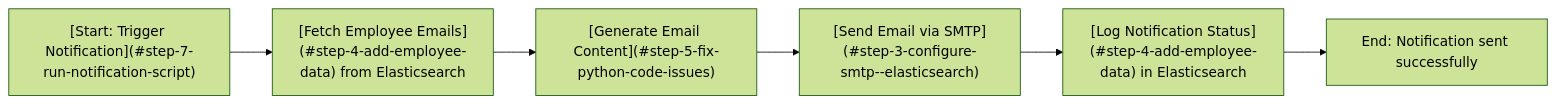
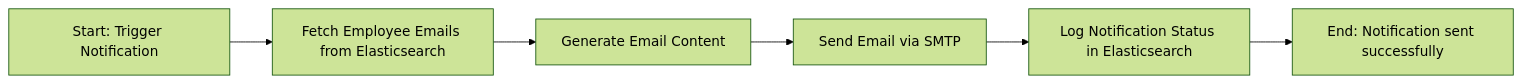
The second of 2 diagrams in Noti README.md (SyedRehanAli25/Rehan-Repository-1), drawn with Mermaid (forest theme) before and after one commit. The commit also changed other lines of this file, not shown here.

````diff
--- a/Noti README.md
+++ b/Noti README.md
@@ -226,11 +225,11 @@
 ```mermaid
 flowchart LR
-    Start["[Start: Trigger Notification](#step-7-run-notification-script)"]
-    FetchData["[Fetch Employee Emails](#step-4-add-employee-data) from Elasticsearch"]
-    GenerateMsg["[Generate Email Content](#step-5-fix-python-code-issues)"]
-    SendEmail["[Send Email via SMTP](#step-3-configure-smtp--elasticsearch)"]
-    LogES["[Log Notification Status](#step-4-add-employee-data) in Elasticsearch"]
+    Start["Start: Trigger Notification"]
+    FetchData["Fetch Employee Emails from Elasticsearch"]
+    GenerateMsg["Generate Email Content"]
+    SendEmail["Send Email via SMTP"]
+    LogES["Log Notification Status in Elasticsearch"]
     End["End: Notification sent successfully"]
 
     Start --> FetchData --> GenerateMsg --> SendEmail --> LogES --> End
 ```
````
